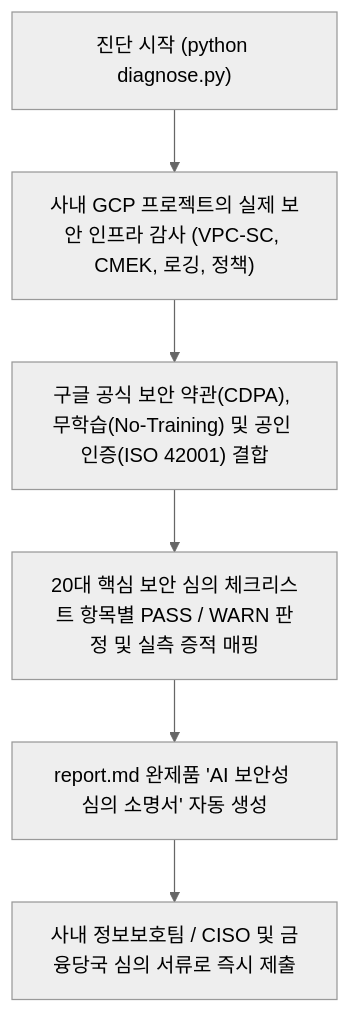
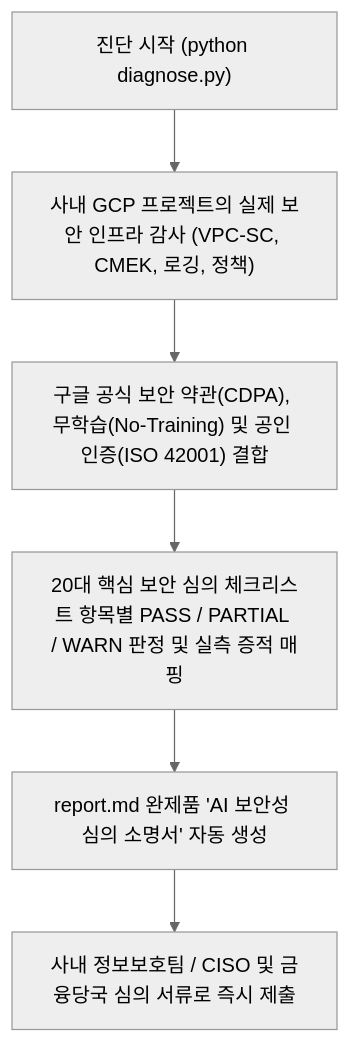
Before and after one commit to jiangjun-forge/google-cloud-0-to-1: the diagram in samples/korea-ai-security-checklist/README.md, drawn with Mermaid (neutral theme). The commit also changed 2 other files, not shown here.

Commit message:
Update residency attestations

````diff
--- a/samples/korea-ai-security-checklist/README.md
+++ b/samples/korea-ai-security-checklist/README.md
@@ -38,8 +38,8 @@
 ```mermaid
 flowchart TD
     A["진단 시작 (python diagnose.py)"] --> B["사내 GCP 프로젝트의 실제 보안 인프라 감사 (VPC-SC, CMEK, 로깅, 정책)"]
     B --> C["구글 공식 보안 약관(CDPA), 무학습(No-Training) 및 공인 인증(ISO 42001) 결합"]
-    C --> D["20대 핵심 보안 심의 체크리스트 항목별 PASS / WARN 판정 및 실측 증적 매핑"]
+    C --> D["20대 핵심 보안 심의 체크리스트 항목별 PASS / PARTIAL / WARN 판정 및 실측 증적 매핑"]
     D --> E["report.md 완제품 'AI 보안성 심의 소명서' 자동 생성"]
     E --> F["사내 정보보호팀 / CISO 및 금융당국 심의 서류로 즉시 제출"]
 ```
````
